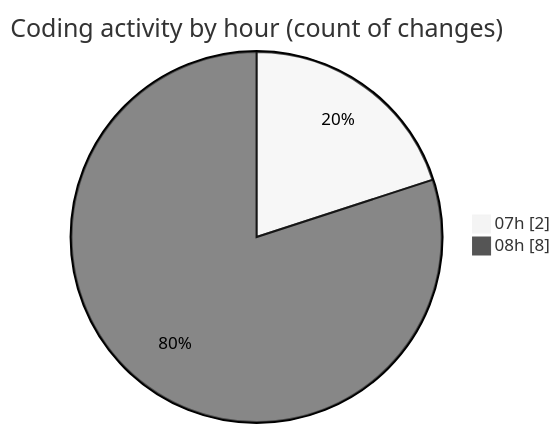
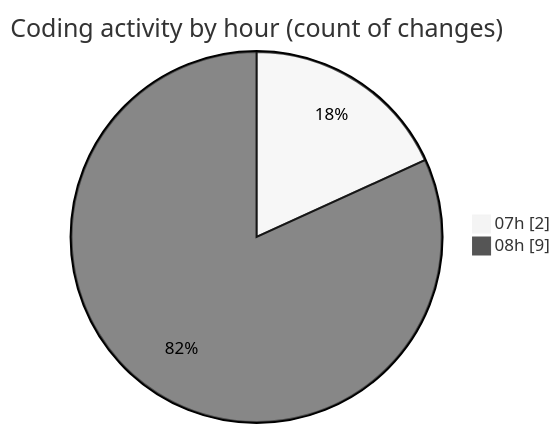
Before and after one commit to LanceThiago/code-tracking: the second of 2 diagrams in 2025-01-09/nueva_carpeta/README.md, drawn with Mermaid (neutral theme). The commit also changed other lines of this file and 1 other file, not shown here.

````diff
--- a/2025-01-09/nueva_carpeta/README.md
+++ b/2025-01-09/nueva_carpeta/README.md
@@ -28,6 +28,6 @@
 ```mermaid
 pie showData
 title Coding activity by hour (count of changes)
 "07h" : 2
-"08h" : 8
+"08h" : 9
 ```
````
